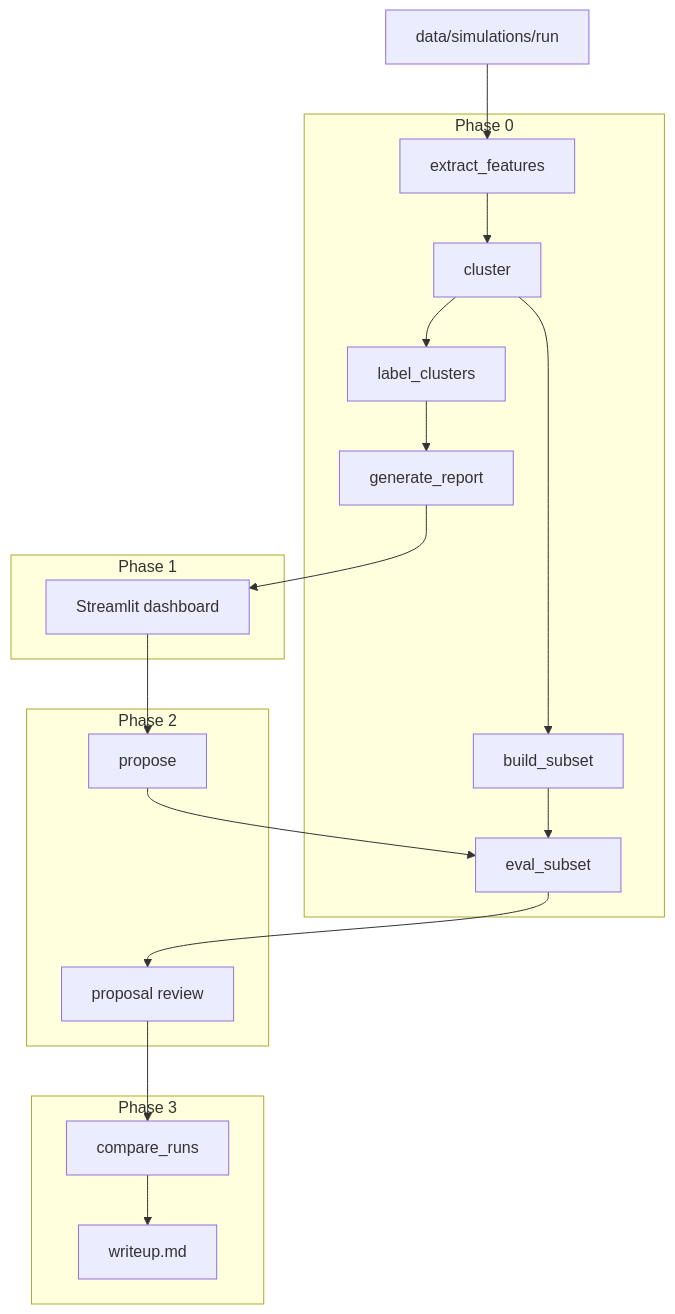
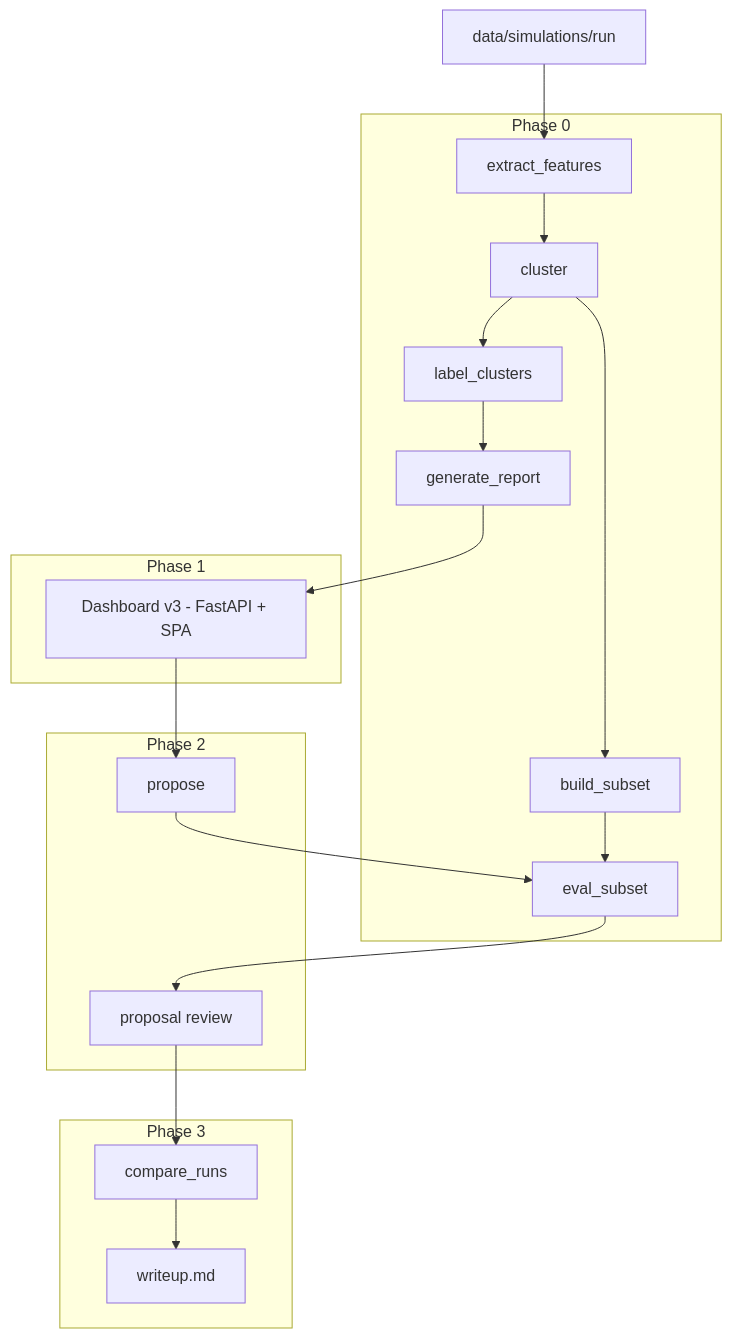
The diagram in docs/phases/README.md (dannyhagenlocker/tau2-bench), drawn with Mermaid before and after one commit. The commit also changed other lines of this file and 14 other files, not shown here.

````diff
--- a/docs/phases/README.md
+++ b/docs/phases/README.md
@@ -18,32 +18,32 @@
 ```mermaid
 flowchart TB
   subgraph phase0 [Phase 0]
     Extract[extract_features]
     Cluster[cluster]
     Label[label_clusters]
     Report[generate_report]
     BuildSub[build_subset]
     EvalSub[eval_subset]
   end
 
   subgraph phase1 [Phase 1]
-    Dashboard[Streamlit dashboard]
+    Dashboard[Dashboard v3 - FastAPI + SPA]
   end
 
   subgraph phase2 [Phase 2]
     Propose[propose]
     Review[proposal review]
   end
 
   subgraph phase3 [Phase 3]
     Compare[compare_runs]
     Writeup[writeup.md]
   end
 
   SimResults[data/simulations/run] --> Extract
   Extract --> Cluster --> Label --> Report
   Report --> Dashboard
   Cluster --> BuildSub --> EvalSub
   Dashboard --> Propose --> EvalSub --> Review
   Review --> Compare --> Writeup
 ```
````
